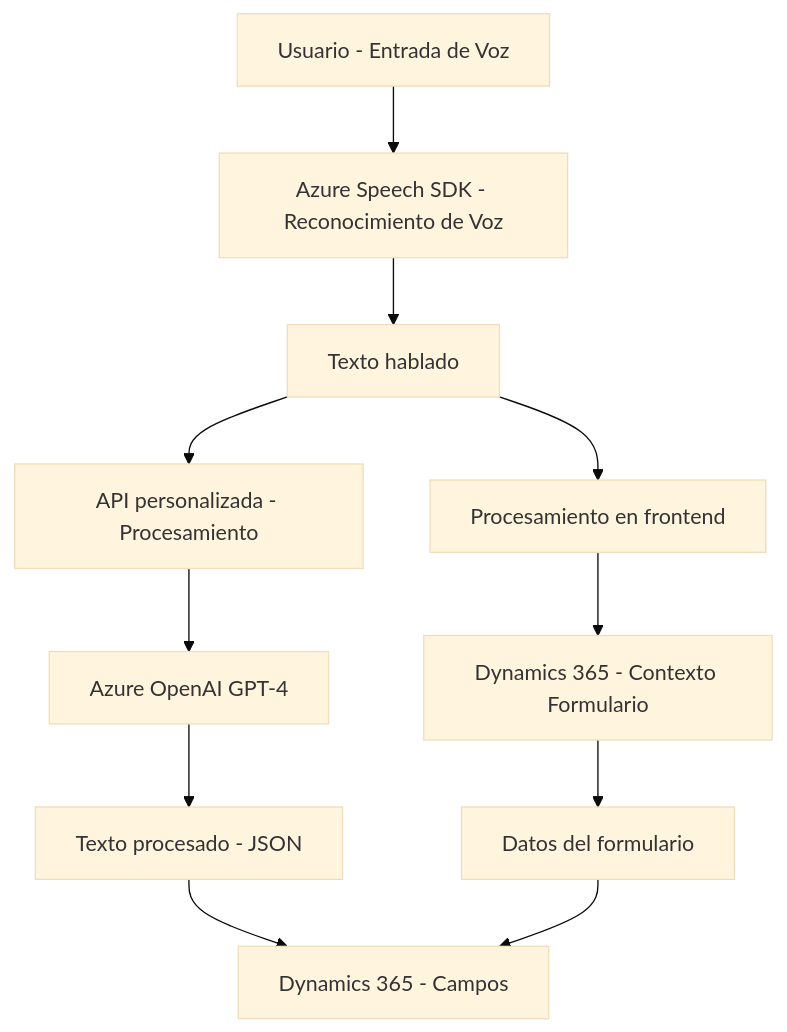
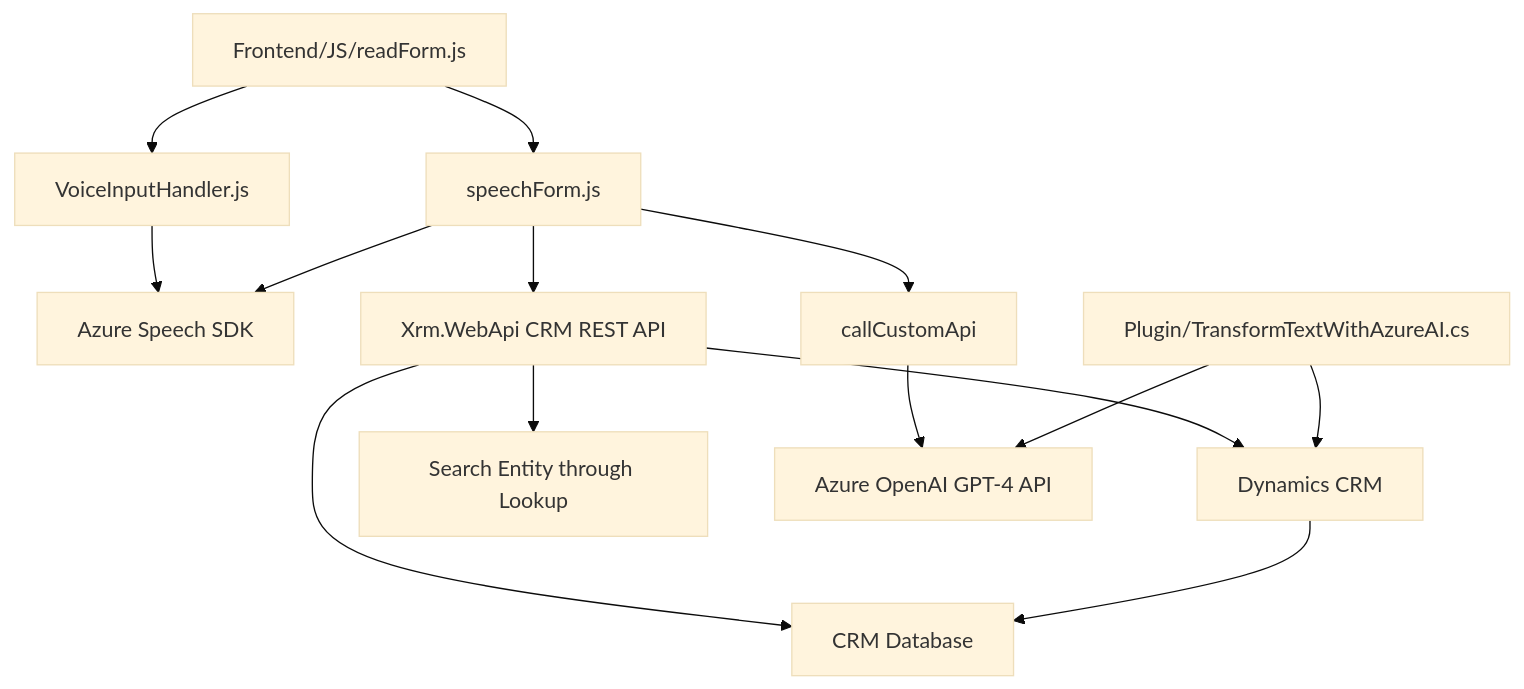
One commit to blopezdm/NETCORE_BILBAO2025 changed the diagram in README.md. Above: the diagram before and after it, drawn with Mermaid (base theme). The commit also changed other lines of this file, not shown here.

````diff
--- a/README.md
+++ b/README.md
@@ -38,19 +34,16 @@
 ```mermaid
 graph TD
-    A["Usuario - Entrada de Voz"]
-    B["Azure Speech SDK - Reconocimiento de Voz"]
-    C["Texto hablado"]
-
-    A --> B
-    B --> C
-
-    C --> D["Procesamiento en frontend"]
-    D --> E["Dynamics 365 - Contexto Formulario"]
-    E --> F["Datos del formulario"]
-
-    C --> G["API personalizada - Procesamiento"]
-    G --> H["Azure OpenAI GPT-4"]
-    H --> I["Texto procesado - JSON"]
-    I --> J["Dynamics 365 - Campos"]
-    F --> J
+    A["Frontend/JS/readForm.js"] --> B["VoiceInputHandler.js"]
+    A["Frontend/JS/readForm.js"] --> C["speechForm.js"]
+    B["VoiceInputHandler.js"] --> D["Azure Speech SDK GET"]
+    C["speechForm.js"] --> D["Azure Speech SDK"]
+    C["speechForm.js"] --> F["Xrm.WebApi CRM REST API"]
+    F["Xrm.WebApi CRM REST API"] --> G["Dynamics CRM"]
+    F["Xrm.WebApi CRM REST API"] --> M["CRM Database"]
+    G["Dynamics CRM"] --> M["CRM Database"]
+    F["Xrm.WebApi CRM REST API"] --> J["Search Entity through Lookup"]
+    C["speechForm.js"] --> N["callCustomApi"]
+    N["callCustomApi"] --> O["Azure OpenAI GPT-4 API"]
+    P["Plugin/TransformTextWithAzureAI.cs"] --> G["Dynamics CRM"]
+    P["Plugin/TransformTextWithAzureAI.cs"] --> O["Azure OpenAI GPT-4 API"]
 ```
````
